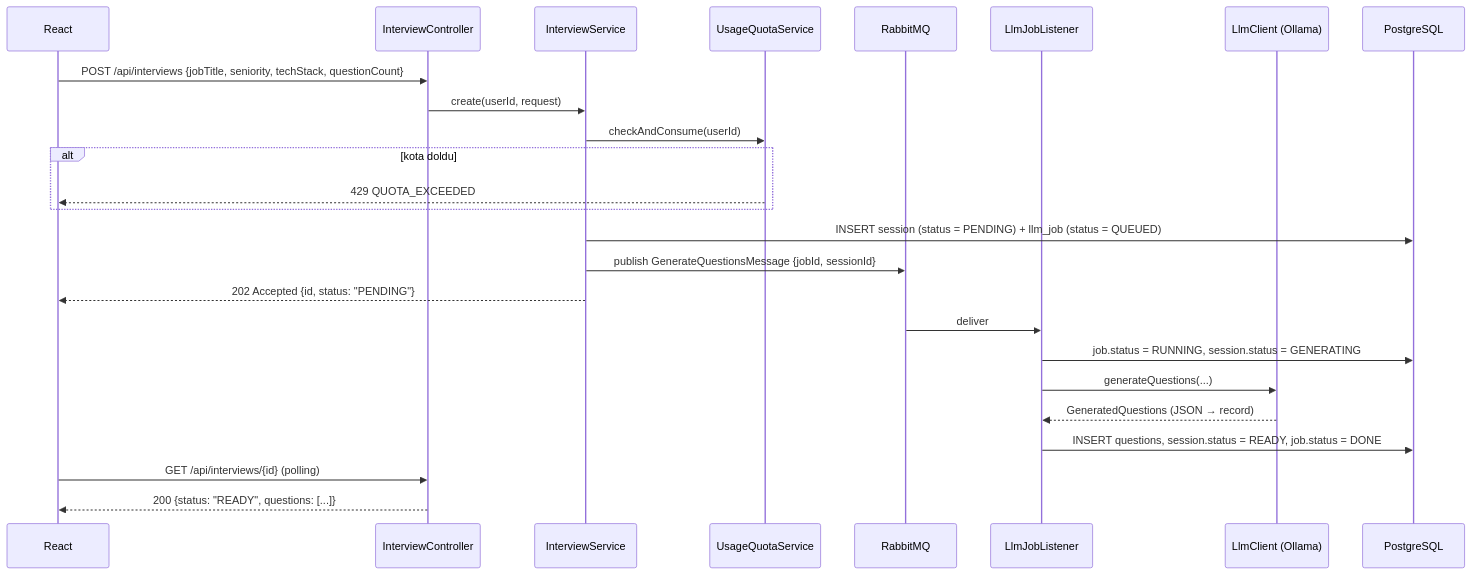
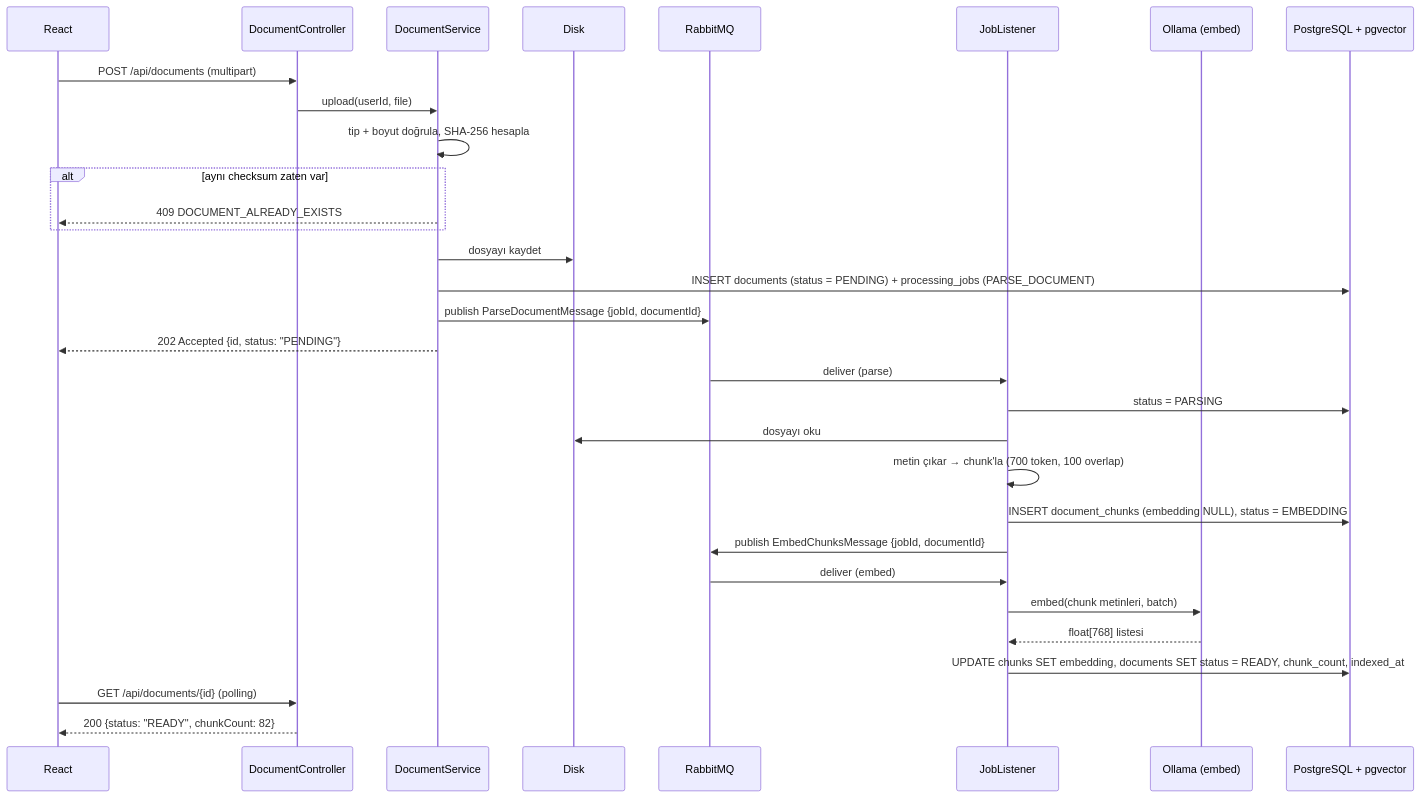
One commit to OzlemBalikci/DocuMind changed the third of 5 diagrams in docs/02-mimari.md. Above: the diagram before and after it, drawn with Mermaid. The commit also changed other lines of this file and 7 other files, not shown here.

````diff
--- a/docs/02-mimari.md
+++ b/docs/02-mimari.md
@@ -187,30 +184,37 @@
 ```mermaid
 sequenceDiagram
     participant FE as React
-    participant API as InterviewController
-    participant S as InterviewService
-    participant Q as UsageQuotaService
+    participant API as DocumentController
+    participant S as DocumentService
+    participant FS as Disk
     participant MQ as RabbitMQ
-    participant W as LlmJobListener
-    participant L as LlmClient (Ollama)
-    participant DB as PostgreSQL
+    participant W as JobListener
+    participant E as Ollama (embed)
+    participant DB as PostgreSQL + pgvector
 
-    FE->>API: POST /api/interviews {jobTitle, seniority, techStack, questionCount}
-    API->>S: create(userId, request)
-    S->>Q: checkAndConsume(userId)
-    alt kota doldu
-        Q-->>FE: 429 QUOTA_EXCEEDED
+    FE->>API: POST /api/documents (multipart)
+    API->>S: upload(userId, file)
+    S->>S: tip + boyut doğrula, SHA-256 hesapla
+    alt aynı checksum zaten var
+        S-->>FE: 409 DOCUMENT_ALREADY_EXISTS
     end
-    S->>DB: INSERT session (status = PENDING) + llm_job (status = QUEUED)
-    S->>MQ: publish GenerateQuestionsMessage {jobId, sessionId}
+    S->>FS: dosyayı kaydet
+    S->>DB: INSERT documents (status = PENDING) + processing_jobs (PARSE_DOCUMENT)
+    S->>MQ: publish ParseDocumentMessage {jobId, documentId}
     S-->>FE: 202 Accepted {id, status: "PENDING"}
 
-    MQ->>W: deliver
-    W->>DB: job.status = RUNNING, session.status = GENERATING
-    W->>L: generateQuestions(...)
-    L-->>W: GeneratedQuestions (JSON → record)
-    W->>DB: INSERT questions, session.status = READY, job.status = DONE
+    MQ->>W: deliver (parse)
+    W->>DB: status = PARSING
+    W->>FS: dosyayı oku
+    W->>W: metin çıkar → chunk'la (700 token, 100 overlap)
+    W->>DB: INSERT document_chunks (embedding NULL), status = EMBEDDING
+    W->>MQ: publish EmbedChunksMessage {jobId, documentId}
 
-    FE->>API: GET /api/interviews/{id} (polling)
-    API-->>FE: 200 {status: "READY", questions: [...]}
+    MQ->>W: deliver (embed)
+    W->>E: embed(chunk metinleri, batch)
+    E-->>W: float[768] listesi
+    W->>DB: UPDATE chunks SET embedding, documents SET status = READY, chunk_count, indexed_at
+
+    FE->>API: GET /api/documents/{id} (polling)
+    API-->>FE: 200 {status: "READY", chunkCount: 82}
 ```
````
